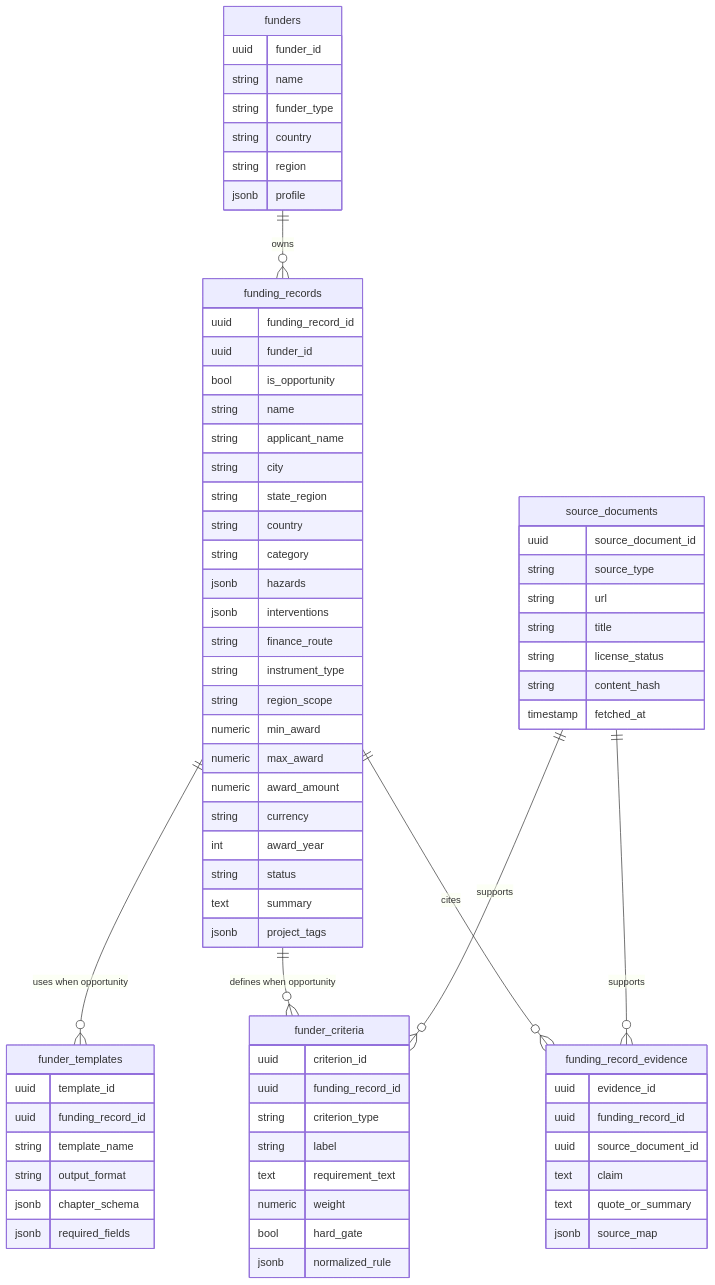
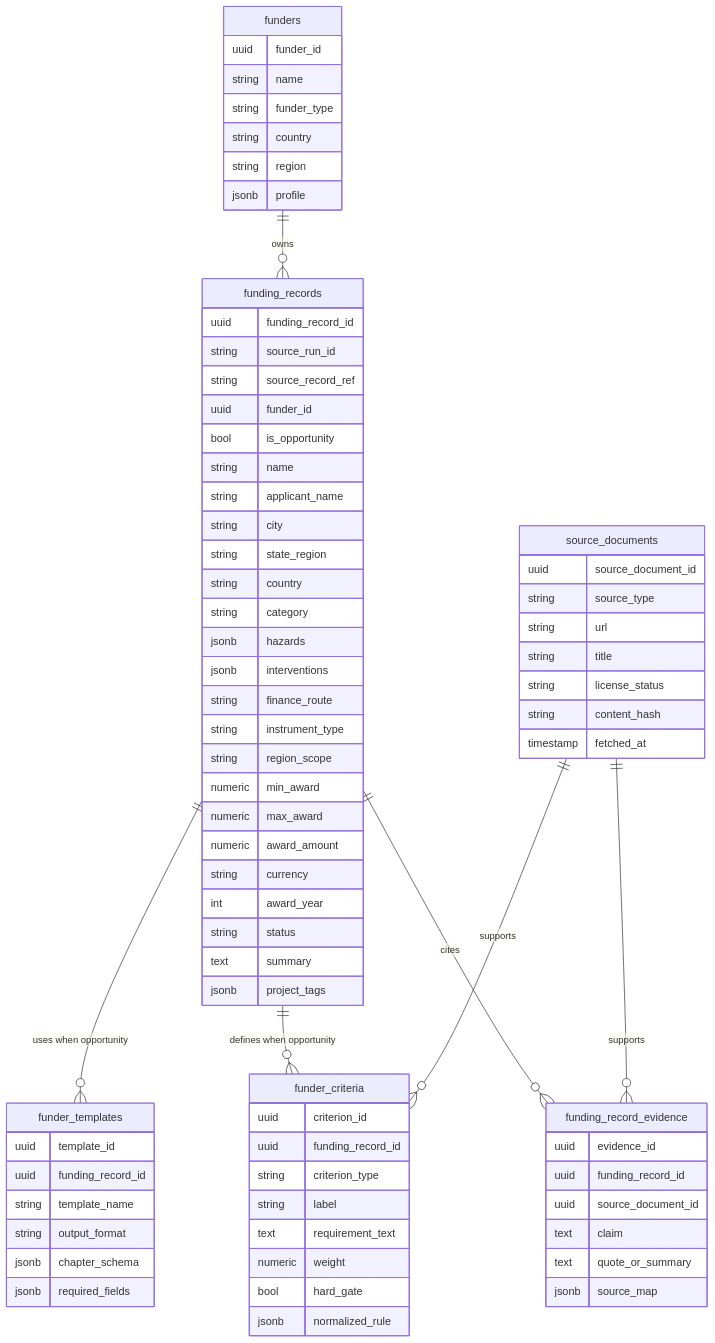
The seventh of 14 diagrams in docs/ConceptNoteBuilderArchitecture.md (Open-Earth-Foundation/CityCatalyst), drawn with Mermaid before and after one commit. The commit also changed other lines of this file and 4 other files, not shown here.

```diff
--- a/docs/ConceptNoteBuilderArchitecture.md
+++ b/docs/ConceptNoteBuilderArchitecture.md
@@ -751,6 +751,8 @@
 
     funding_records {
         uuid funding_record_id
+        string source_run_id
+        string source_record_ref
         uuid funder_id
         bool is_opportunity
         string name
```
